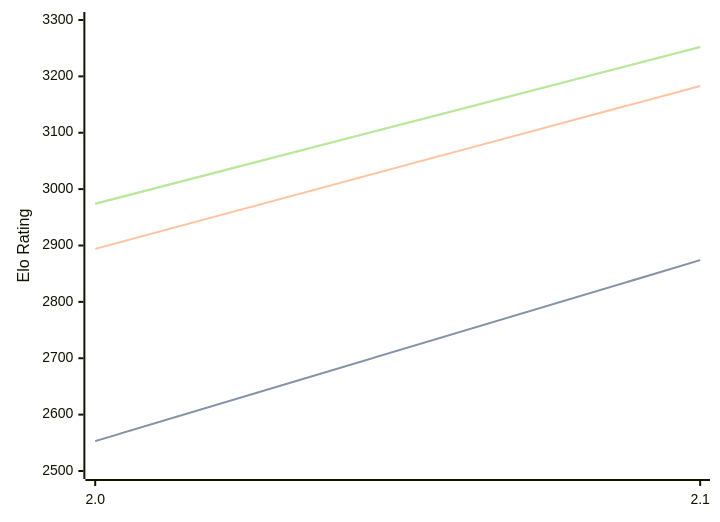
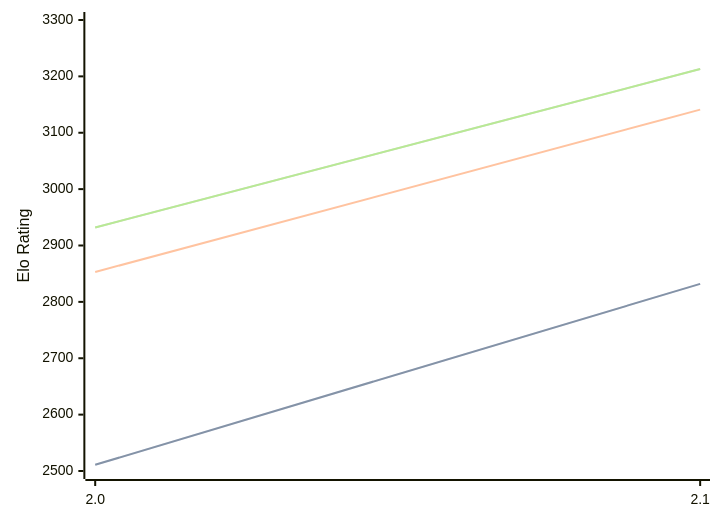
Before and after one commit to computer-chess-index/cci: the diagram in engines/Tunguska.md, drawn with Mermaid. The commit also changed other lines of this file, not shown here.

Commit message:
Update CCI Ratings (ELO VLTC) - 2026-05-19

````diff
--- a/engines/Tunguska.md
+++ b/engines/Tunguska.md
@@ -32,11 +32,11 @@
 ```mermaid
 %%{init: {"theme":"base","themeVariables":{"seriesColors:['#a3a3a3','#222221','#faa371']}}}%%
 xychart-beta
   x-axis ["2.0", "2.1"]
   y-axis "Elo Rating" 2500 --> 3300
-  line "STC (8.0+0.08s)" [2553, 2874]
-  line "STC (8.0+0.08s)" [2553, 2874]
-  line "LTC (60.0+0.60s)" [2894, 3183]
-  line "VLTC (2m24s+1.12s)" [2974, 3252]
-  line "VLTC (2m24s+1.12s)" [2974, 3252]
+  line "STC (8.0+0.08s)" [2511, 2832]
+  line "STC (8.0+0.08s)" [2511, 2832]
+  line "LTC (60.0+0.60s)" [2853, 3141]
+  line "VLTC (2m24s+1.12s)" [2932, 3213]
+  line "VLTC (2m24s+1.12s)" [2932, 3213]
 ```
````
